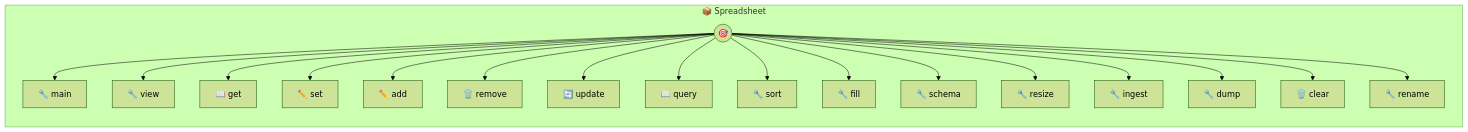
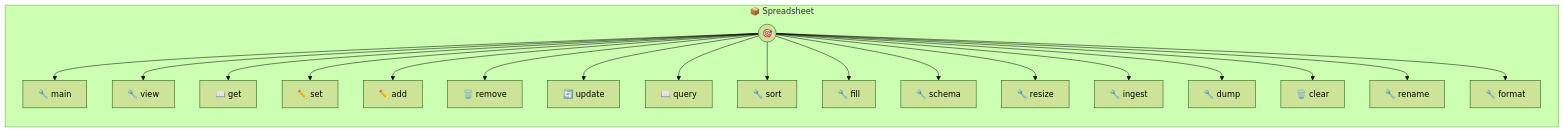
The diagram in spreadsheet.md (portel-dev/photons), drawn with Mermaid (forest theme) before and after one commit. The commit also changed other lines of this file and 3 other files, not shown here.

````diff
--- a/spreadsheet.md
+++ b/spreadsheet.md
@@ -299,39 +319,41 @@
 ```mermaid
 flowchart LR
     subgraph spreadsheet["📦 Spreadsheet"]
         direction TB
         PHOTON((🎯))
         T0[🔧 main]
         PHOTON --> T0
         T1[🔧 view]
         PHOTON --> T1
         T2[📖 get]
         PHOTON --> T2
         T3[✏️ set]
         PHOTON --> T3
         T4[✏️ add]
         PHOTON --> T4
         T5[🗑️ remove]
         PHOTON --> T5
         T6[🔄 update]
         PHOTON --> T6
         T7[📖 query]
         PHOTON --> T7
         T8[🔧 sort]
         PHOTON --> T8
         T9[🔧 fill]
         PHOTON --> T9
         T10[🔧 schema]
         PHOTON --> T10
         T11[🔧 resize]
         PHOTON --> T11
         T12[🔧 ingest]
         PHOTON --> T12
         T13[🔧 dump]
         PHOTON --> T13
         T14[🗑️ clear]
         PHOTON --> T14
         T15[🔧 rename]
         PHOTON --> T15
+        T16[🔧 format]
+        PHOTON --> T16
     end
 ```
````
